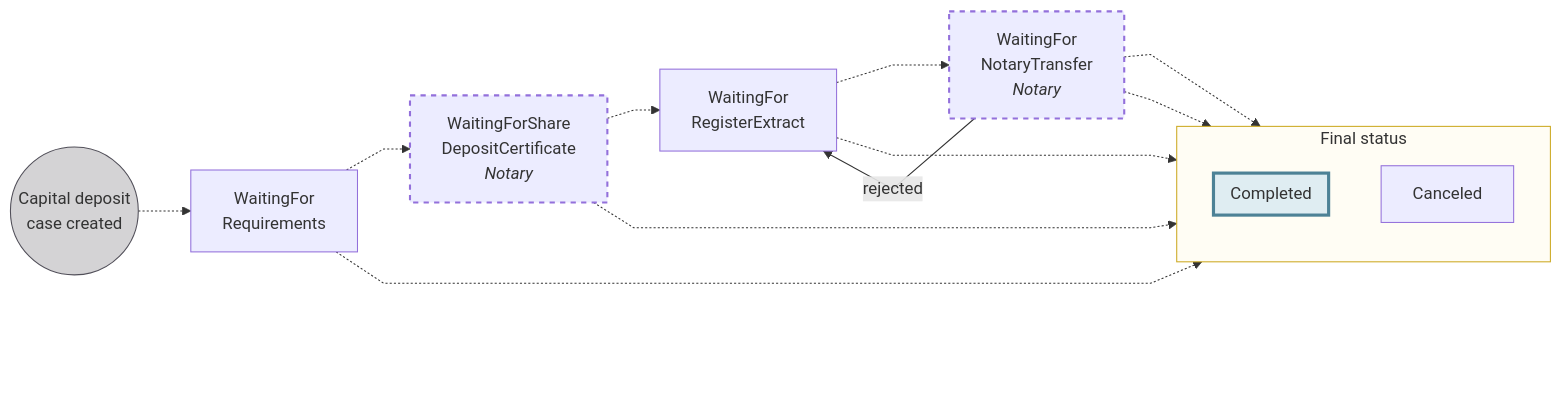
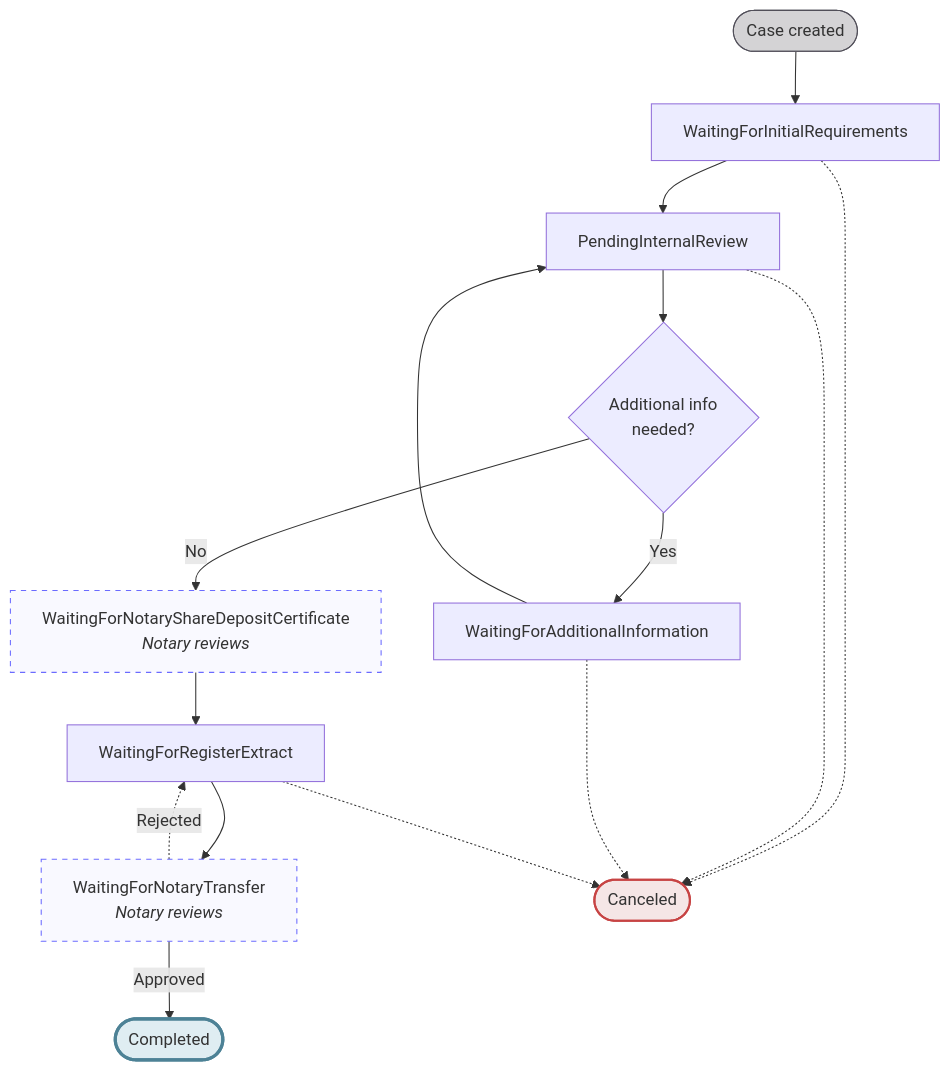
Before and after one commit to swan-io/docs: the first of 4 diagrams in docs/topics/capital-deposits/index.mdx, drawn with Mermaid.

Commit message:
Suggested diagram upgrade

````diff
--- a/docs/topics/capital-deposits/index.mdx
+++ b/docs/topics/capital-deposits/index.mdx
@@ -38,32 +38,27 @@
 ```mermaid
-%%{ init: { 'flowchart': { 'curve': 'linear' } } }%%
-flowchart LR
-    DC((Capital deposit<br/>case created)) -.-> WR[WaitingFor<br/>Requirements]
-    WR -.-> WS[WaitingForShare<br/>DepositCertificate<br/><em>Notary</em>]
-    WS -.-> WRE[WaitingFor<br/>RegisterExtract]
-    WRE -.-> WNT[WaitingFor<br/>NotaryTransfer<br/><em>Notary</em>]
-    WNT -.-> CA[Canceled]
+%%{ init: { 'flowchart': { 'curve': 'basis' } } }%%
+flowchart TD
+    DC([Case created]) --> WIR[WaitingForInitialRequirements]
+    WIR --> PIR[PendingInternalReview]
+    PIR --> WAI{Additional info<br/>needed?}
+    WAI -->|No| WNSC
+    WAI -->|Yes| WFAI[WaitingForAdditionalInformation]
+    WFAI --> PIR
+    
+    WNSC[WaitingForNotaryShareDepositCertificate<br/><em>Notary reviews</em>]
+    WNSC --> WRE[WaitingForRegisterExtract]
+    WRE --> WNT[WaitingForNotaryTransfer<br/><em>Notary reviews</em>]
+    WNT -->|Approved| CO([Completed])
+    WNT -.->|Rejected| WRE
+    
+    WIR -.-> CA([Canceled])
+    PIR -.-> CA
+    WFAI -.-> CA
     WRE -.-> CA
-    WS -.-> CA
-    WR -.-> CA
-    WNT -.-> CO[Completed]
 
-    %% Backward transitions
-    WNT -->|rejected| WRE
-
-    subgraph F[Final status]
-        direction TB
-        CA
-        style V fill:#fff,stroke:#fff,stroke-width:0px,color:#fff
-        CO
-    end
-
-    subgraph CO[Completed]
-    end
-    
     style DC fill:#D4D3D5,stroke:#514F59
-    style F fill:#fffdf4,stroke:#cca922
-    style WS stroke-width:2px, stroke-dasharray: 5 5
-    style WNT stroke-width:2px, stroke-dasharray: 5 5
     style CO fill:#dfedf2,stroke:#4d8296,stroke-width:3px
+    style CA fill:#f5e6e6,stroke:#c74444,stroke-width:2px
+    style WNSC fill:#f9f9ff,stroke:#6b6bff,stroke-dasharray: 5 5
+    style WNT fill:#f9f9ff,stroke:#6b6bff,stroke-dasharray: 5 5
 ```
````
